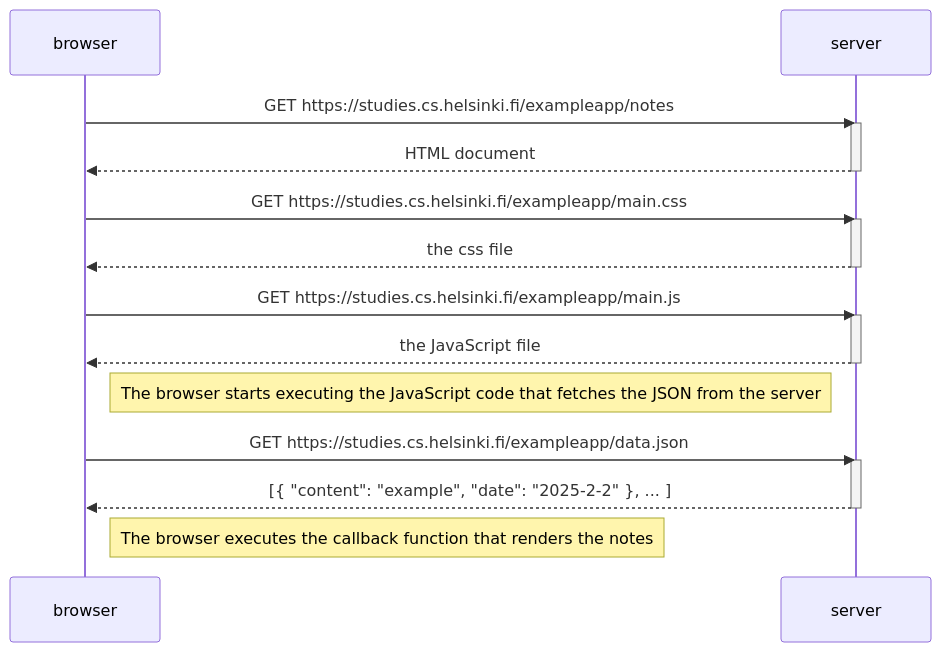
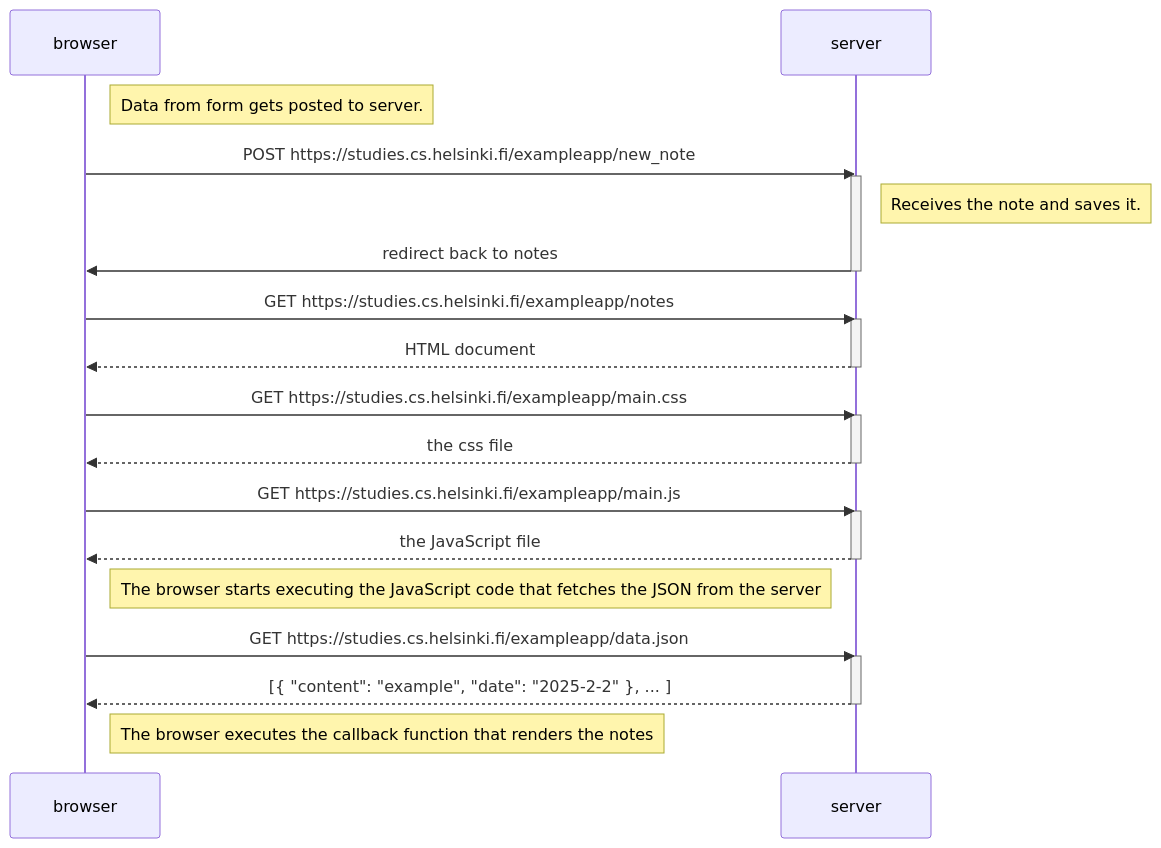
One commit to eemuston/FullStackopen changed the diagram in osa 0/0.4 uusi muistiinpano/uusimuistiinpano.md. Above: the diagram before and after it, drawn with Mermaid.

Commit message:
Finishing ex 0.4

````diff
--- a/osa 0/0.4 uusi muistiinpano/uusimuistiinpano.md
+++ b/osa 0/0.4 uusi muistiinpano/uusimuistiinpano.md
@@ -1,31 +1,42 @@
 ```mermaid
 
 sequenceDiagram
     participant browser
     participant server
     
+
+    Note right of browser: Data from form gets posted to server.
+
+    browser->>server: POST https://studies.cs.helsinki.fi/exampleapp/new_note
+    activate server
+
+    Note right of server: Receives the note and saves it.
+
+    server->>browser: redirect back to notes
+    deactivate server
+
     browser->>server: GET https://studies.cs.helsinki.fi/exampleapp/notes
     activate server
     server-->>browser: HTML document
     deactivate server
     
     browser->>server: GET https://studies.cs.helsinki.fi/exampleapp/main.css
     activate server
     server-->>browser: the css file
     deactivate server
     
     browser->>server: GET https://studies.cs.helsinki.fi/exampleapp/main.js
     activate server
     server-->>browser: the JavaScript file
     deactivate server
     
     Note right of browser: The browser starts executing the JavaScript code that fetches the JSON from the server
     
     browser->>server: GET https://studies.cs.helsinki.fi/exampleapp/data.json
     activate server
     server-->>browser: [{ "content": "example", "date": "2025-2-2" }, ... ]
     deactivate server    
 
     Note right of browser: The browser executes the callback function that renders the notes
 
 ```
````
